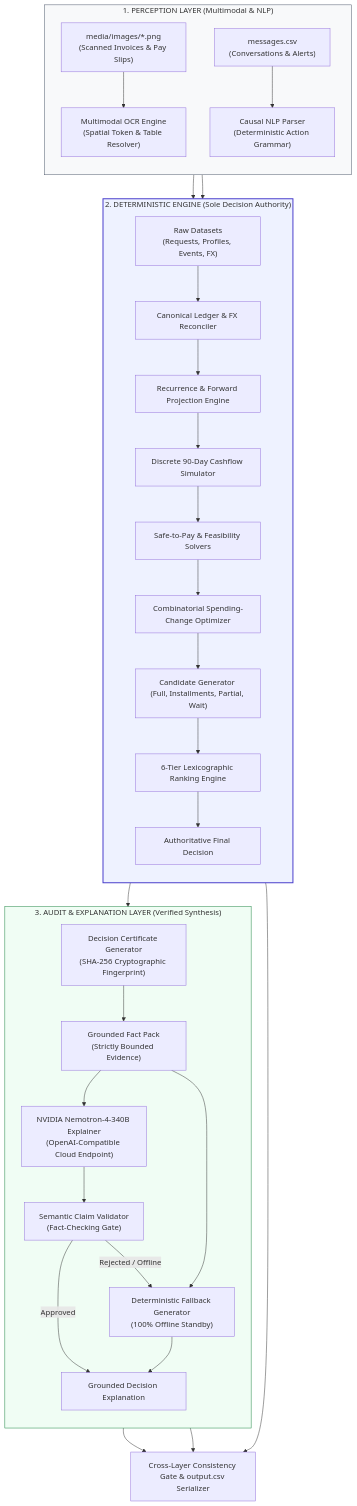
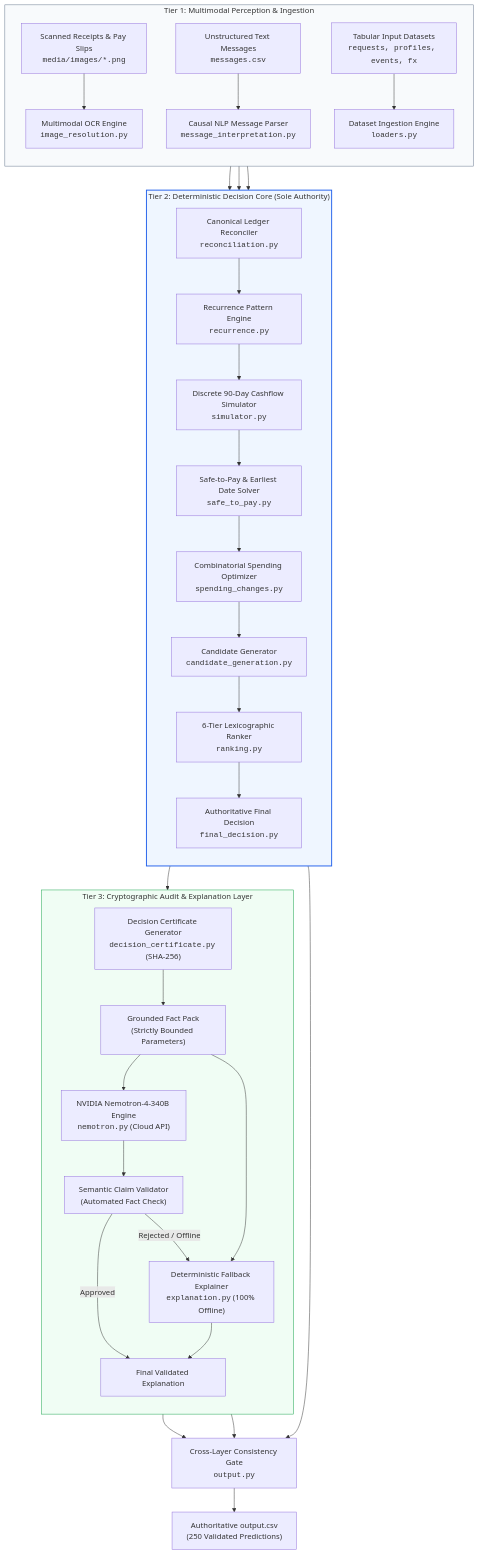
Before and after one commit to Vishallakshmikanthan/buy-or-wait: the first of 2 diagrams in hackerrank-orchestrate-september26/README.md, drawn with Mermaid. The commit also changed other lines of this file and 3 other files, not shown here.

Commit message:
docs: revamp README with deep technical bulleted breakdown, architecture diagrams, and mathematical formulations

````diff
--- a/hackerrank-orchestrate-september26/README.md
+++ b/hackerrank-orchestrate-september26/README.md
@@ -72,42 +82,44 @@
 ```mermaid
 graph TB
-    subgraph Tier1["1. PERCEPTION LAYER (Multimodal & NLP)"]
+    subgraph T1["Tier 1: Multimodal Perception & Ingestion"]
         direction TB
-        IMG["media/images/*.png<br/>(Scanned Invoices & Pay Slips)"] --> OCR["Multimodal OCR Engine<br/>(Spatial Token & Table Resolver)"]
-        MSG["messages.csv<br/>(Conversations & Alerts)"] --> NLP["Causal NLP Parser<br/>(Deterministic Action Grammar)"]
+        IMG["Scanned Receipts & Pay Slips<br/><code>media/images/*.png</code>"] --> OCR["Multimodal OCR Engine<br/><code>image_resolution.py</code>"]
+        MSG["Unstructured Text Messages<br/><code>messages.csv</code>"] --> NLP["Causal NLP Message Parser<br/><code>message_interpretation.py</code>"]
+        CSV["Tabular Input Datasets<br/><code>requests, profiles, events, fx</code>"] --> LOAD["Dataset Ingestion Engine<br/><code>loaders.py</code>"]
     end
 
-    subgraph Tier2["2. DETERMINISTIC ENGINE (Sole Decision Authority)"]
+    subgraph T2["Tier 2: Deterministic Decision Core (Sole Authority)"]
         direction TB
-        DATA["Raw Datasets<br/>(Requests, Profiles, Events, FX)"] --> RECON["Canonical Ledger & FX Reconciler"]
-        OCR --> RECON
+        OCR --> RECON["Canonical Ledger Reconciler<br/><code>reconciliation.py</code>"]
         NLP --> RECON
-        RECON --> REC["Recurrence & Forward Projection Engine"]
-        REC --> SIM["Discrete 90-Day Cashflow Simulator"]
-        SIM --> S2P["Safe-to-Pay & Feasibility Solvers"]
-        S2P --> SPEND["Combinatorial Spending-Change Optimizer"]
-        SPEND --> CAND["Candidate Generator (Full, Installments, Partial, Wait)"]
-        CAND --> RANK["6-Tier Lexicographic Ranking Engine"]
-        RANK --> DEC["Authoritative Final Decision"]
+        LOAD --> RECON
+        RECON --> REC["Recurrence Pattern Engine<br/><code>recurrence.py</code>"]
+        REC --> SIM["Discrete 90-Day Cashflow Simulator<br/><code>simulator.py</code>"]
+        SIM --> S2P["Safe-to-Pay & Earliest Date Solver<br/><code>safe_to_pay.py</code>"]
+        S2P --> SPEND["Combinatorial Spending Optimizer<br/><code>spending_changes.py</code>"]
+        SPEND --> CAND["Candidate Generator<br/><code>candidate_generation.py</code>"]
+        CAND --> RANK["6-Tier Lexicographic Ranker<br/><code>ranking.py</code>"]
+        RANK --> DEC["Authoritative Final Decision<br/><code>final_decision.py</code>"]
     end
 
-    subgraph Tier3["3. AUDIT & EXPLANATION LAYER (Verified Synthesis)"]
+    subgraph T3["Tier 3: Cryptographic Audit & Explanation Layer"]
         direction TB
-        DEC --> CERT["Decision Certificate Generator<br/>(SHA-256 Cryptographic Fingerprint)"]
-        CERT --> PACK["Grounded Fact Pack<br/>(Strictly Bounded Evidence)"]
-        PACK --> NEMO["NVIDIA Nemotron-4-340B Explainer<br/>(OpenAI-Compatible Cloud Endpoint)"]
-        PACK --> FALLBACK["Deterministic Fallback Generator<br/>(100% Offline Standby)"]
-        NEMO --> VAL["Semantic Claim Validator<br/>(Fact-Checking Gate)"]
-        VAL -->|Approved| FINAL_EXP["Grounded Decision Explanation"]
-        VAL -->|Rejected / Offline| FALLBACK
-        FALLBACK --> FINAL_EXP
+        DEC --> CERT["Decision Certificate Generator<br/><code>decision_certificate.py</code> (SHA-256)"]
+        CERT --> PACK["Grounded Fact Pack<br/>(Strictly Bounded Parameters)"]
+        PACK --> NEMO["NVIDIA Nemotron-4-340B Engine<br/><code>nemotron.py</code> (Cloud API)"]
+        PACK --> FALL["Deterministic Fallback Explainer<br/><code>explanation.py</code> (100% Offline)"]
+        NEMO --> VAL["Semantic Claim Validator<br/>(Automated Fact Check)"]
+        VAL -->|Approved| EXP["Final Validated Explanation"]
+        VAL -->|Rejected / Offline| FALL
+        FALL --> EXP
     end
 
-    DEC --> OUT["Cross-Layer Consistency Gate & output.csv Serializer"]
-    CERT --> OUT
-    FINAL_EXP --> OUT
+    DEC --> GATE["Cross-Layer Consistency Gate<br/><code>output.py</code>"]
+    CERT --> GATE
+    EXP --> GATE
+    GATE --> OUT["Authoritative output.csv<br/>(250 Validated Predictions)"]
 
-    style Tier1 fill:#f8f9fa,stroke:#4a5568,stroke-width:1px
-    style Tier2 fill:#eef2ff,stroke:#4338ca,stroke-width:2px
-    style Tier3 fill:#f0fdf4,stroke:#15803d,stroke-width:1px
+    style T1 fill:#f8fafc,stroke:#64748b,stroke-width:1px
+    style T2 fill:#eff6ff,stroke:#2563eb,stroke-width:2px
+    style T3 fill:#f0fdf4,stroke:#16a34a,stroke-width:1px
 ```
````
